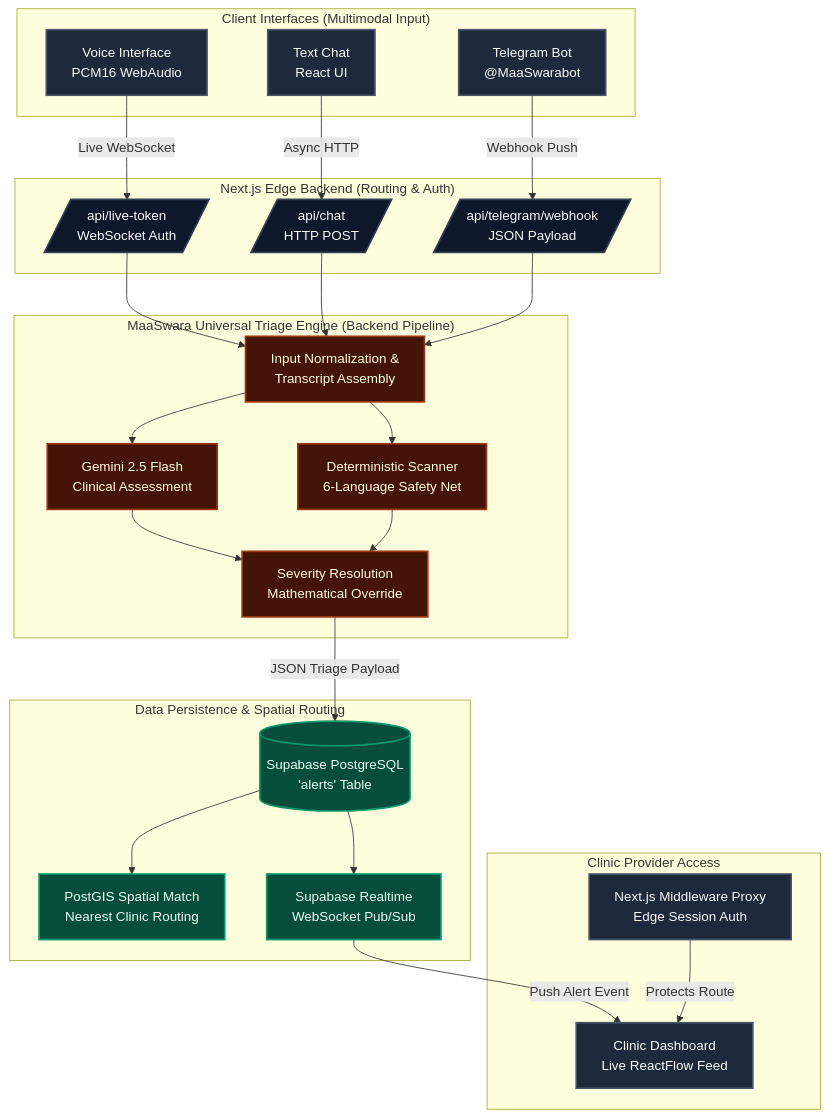
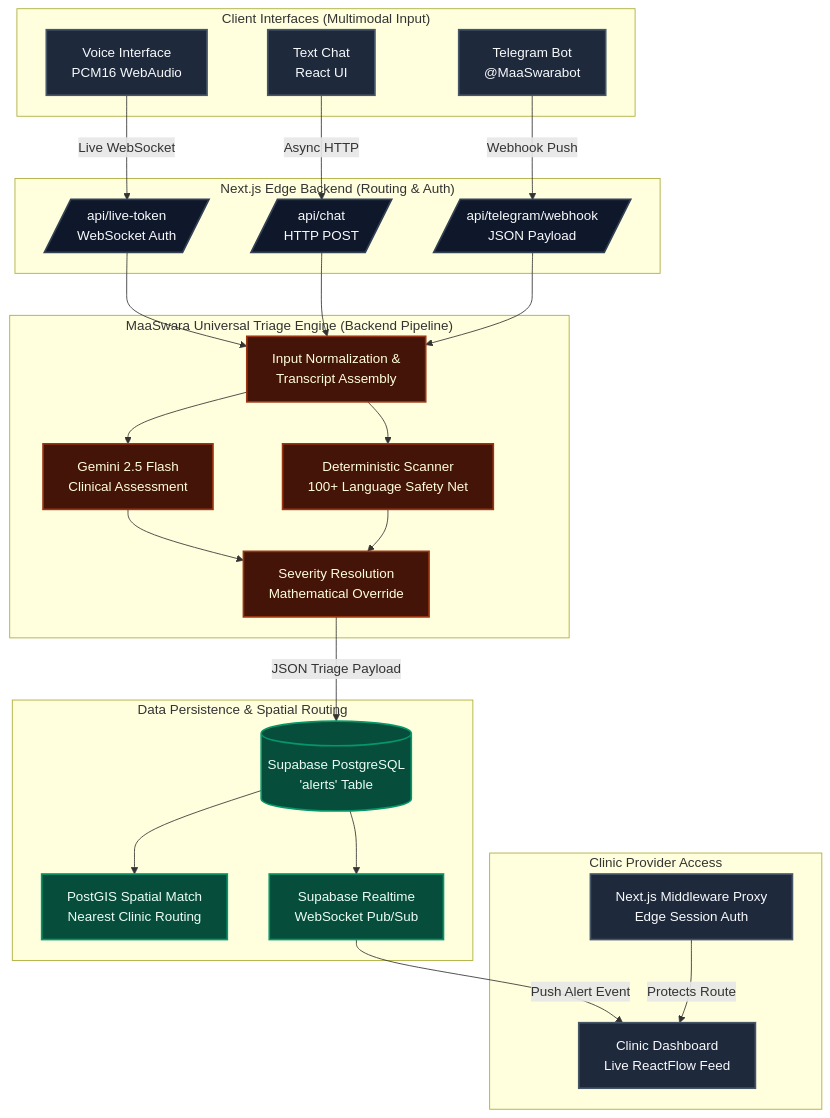
The diagram in README.md (omshukla24/MaaSwara), drawn with Mermaid before and after one commit. The commit also changed other lines of this file and 5 other files, not shown here.

````diff
--- a/README.md
+++ b/README.md
@@ -51,61 +51,61 @@
 ```mermaid
 graph TD
     %% Styling
     classDef frontend fill:#1e293b,stroke:#475569,stroke-width:2px,color:#f8fafc
     classDef backend fill:#0f172a,stroke:#334155,stroke-width:2px,color:#f8fafc
     classDef ai fill:#431407,stroke:#9a3412,stroke-width:2px,color:#fffedd
     classDef db fill:#064e3b,stroke:#059669,stroke-width:2px,color:#ecfdf5
     classDef external fill:#171717,stroke:#404040,stroke-width:2px,color:#e5e5e5
 
     subgraph "Client Interfaces (Multimodal Input)"
         A[Voice Interface <br/>PCM16 WebAudio]:::frontend
         B[Text Chat <br/>React UI]:::frontend
         C[Telegram Bot <br/>@MaaSwarabot]:::frontend
     end
 
     subgraph "Next.js Edge Backend (Routing & Auth)"
         D[/api/live-token <br/>WebSocket Auth/]:::backend
         E[/api/chat <br/>HTTP POST/]:::backend
         F[/api/telegram/webhook <br/>JSON Payload/]:::backend
     end
 
     A -->|Live WebSocket| D
     B -->|Async HTTP| E
     C -->|Webhook Push| F
 
     subgraph "MaaSwara Universal Triage Engine (Backend Pipeline)"
         G[Input Normalization & <br/>Transcript Assembly]:::ai
         
         H[Gemini 2.5 Flash <br/>Clinical Assessment]:::ai
-        I[Deterministic Scanner <br/>6-Language Safety Net]:::ai
+        I[Deterministic Scanner <br/>100+ Language Safety Net]:::ai
         
         J[Severity Resolution <br/>Mathematical Override]:::ai
         
         G --> H
         G --> I
         H --> J
         I --> J
     end
 
     D --> G
     E --> G
     F --> G
 
     subgraph "Data Persistence & Spatial Routing"
         K[(Supabase PostgreSQL <br/>'alerts' Table)]:::db
         L[PostGIS Spatial Match <br/>Nearest Clinic Routing]:::db
         M[Supabase Realtime <br/>WebSocket Pub/Sub]:::db
     end
 
     J -->|JSON Triage Payload| K
     K --> L
     K --> M
 
     subgraph "Clinic Provider Access"
         N[Next.js Middleware Proxy <br/>Edge Session Auth]:::frontend
         O[Clinic Dashboard <br/>Live ReactFlow Feed]:::frontend
     end
 
     M -->|Push Alert Event| O
     N -->|Protects Route| O
 ```
````
